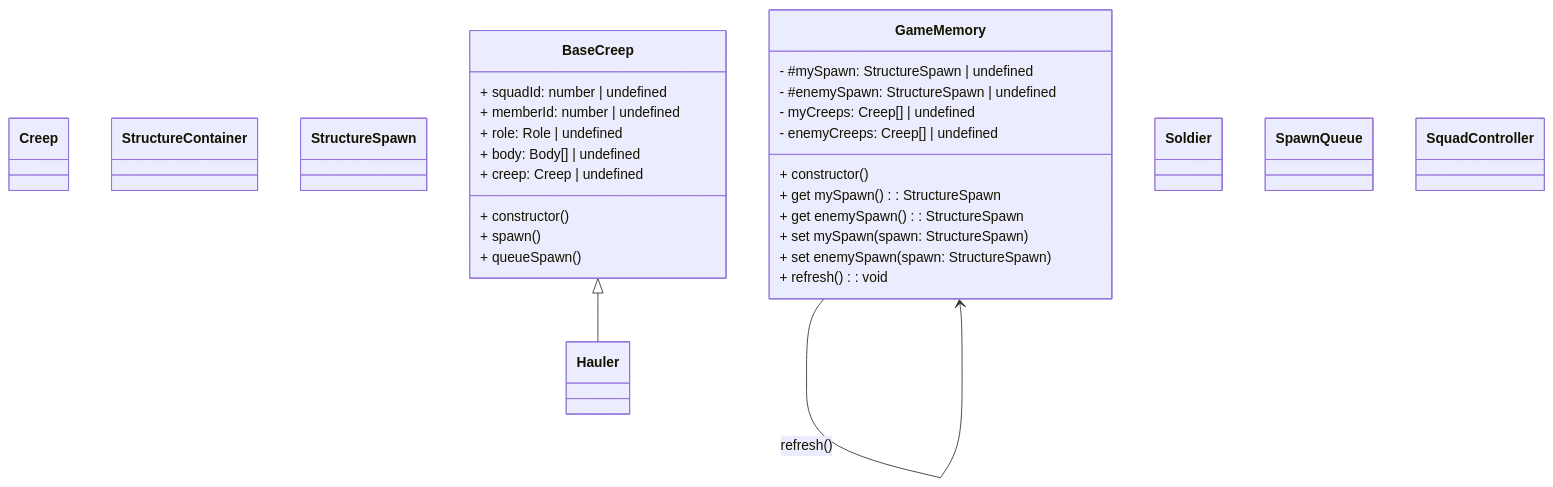
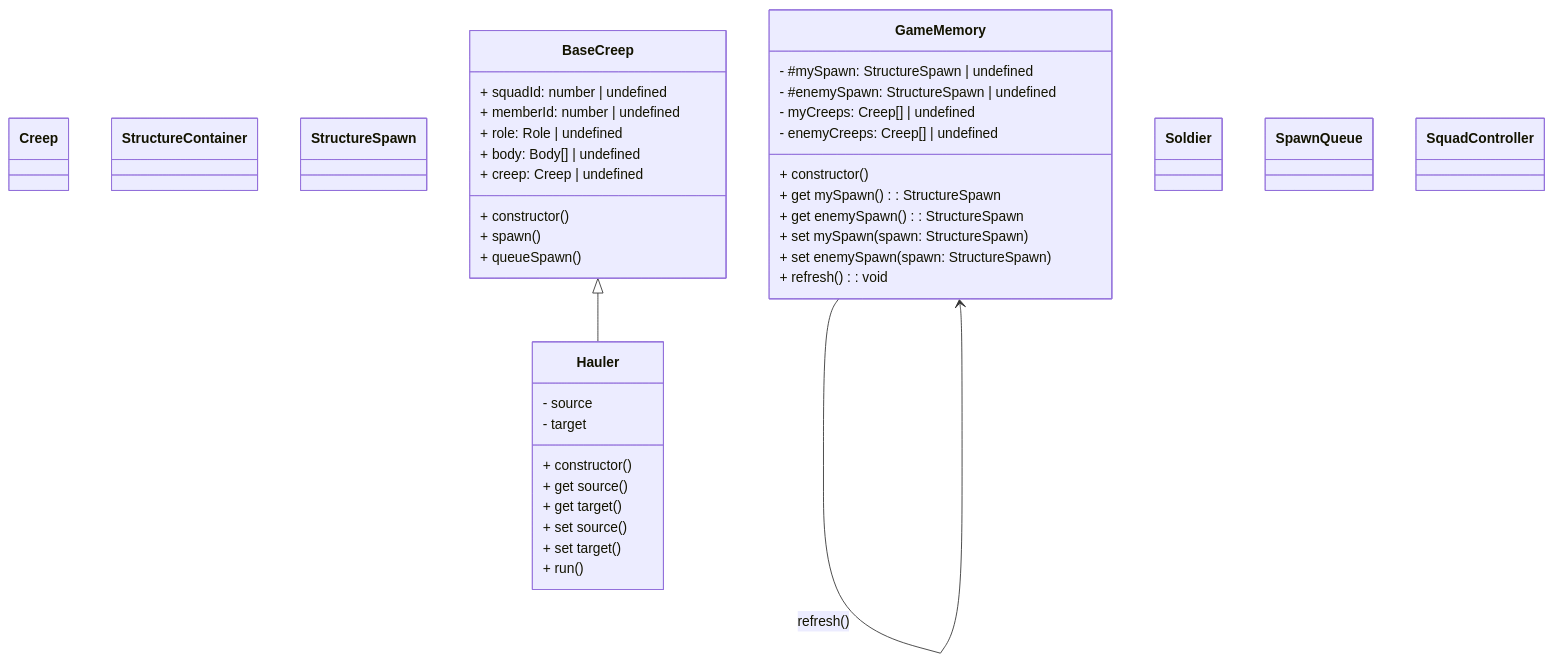
One commit to MilkSjeik/ScreepsArena-alpha-spawn_and_swamp changed the diagram in doc/ClassDiagram.md. Above: the diagram before and after it, drawn with Mermaid.

Commit message:
doc: added attributes and functions Hauler class

````diff
--- a/doc/ClassDiagram.md
+++ b/doc/ClassDiagram.md
@@ -1,50 +1,57 @@
 ```mermaid
 classDiagram
   class Creep {
     %% Game prototype
   }
   class StructureContainer {
     %% Game prototype
   }
   class StructureSpawn{
     %% Game prototype
   }
 
   class BaseCreep{
     + squadId: number | undefined
     + memberId: number | undefined
     + role: Role | undefined
     + body: Body[] | undefined
     + creep: Creep | undefined
     + constructor()
     + spawn()
     + queueSpawn()
   }
   class GameMemory{
     - #mySpawn: StructureSpawn | undefined
     - #enemySpawn: StructureSpawn | undefined
     - myCreeps: Creep[] | undefined
     - enemyCreeps: Creep[] | undefined
     + constructor()
     + get mySpawn(): StructureSpawn
     + get enemySpawn(): StructureSpawn
     + set mySpawn(spawn: StructureSpawn)
     + set enemySpawn(spawn: StructureSpawn)
     + refresh(): void
   }
   class Hauler{
-
+    - source
+    - target
+    + constructor()
+    + get source()
+    + get target()
+    + set source()
+    + set target()
+    + run()
   }
   class Soldier{
 
   }
   class SpawnQueue{
 
   }
   class SquadController{
 
   }
 
   GameMemory --> GameMemory : refresh()
   BaseCreep <|-- Hauler
 ```
````
